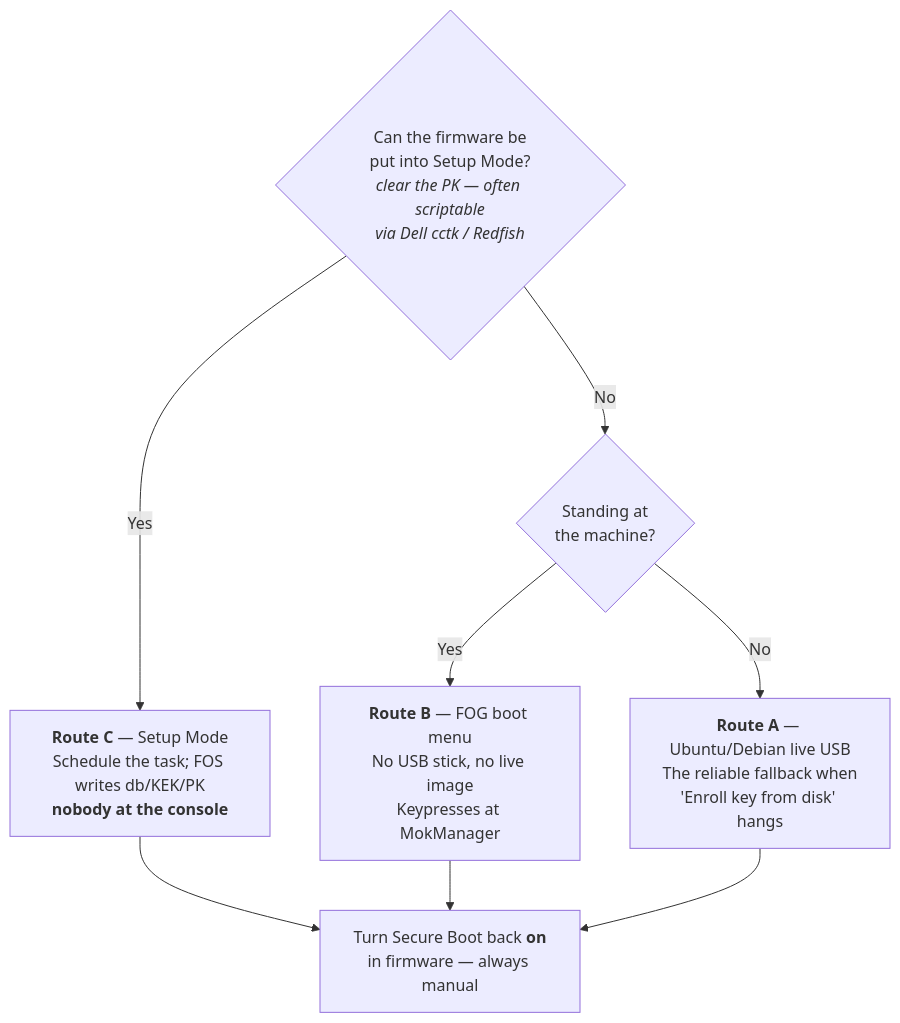
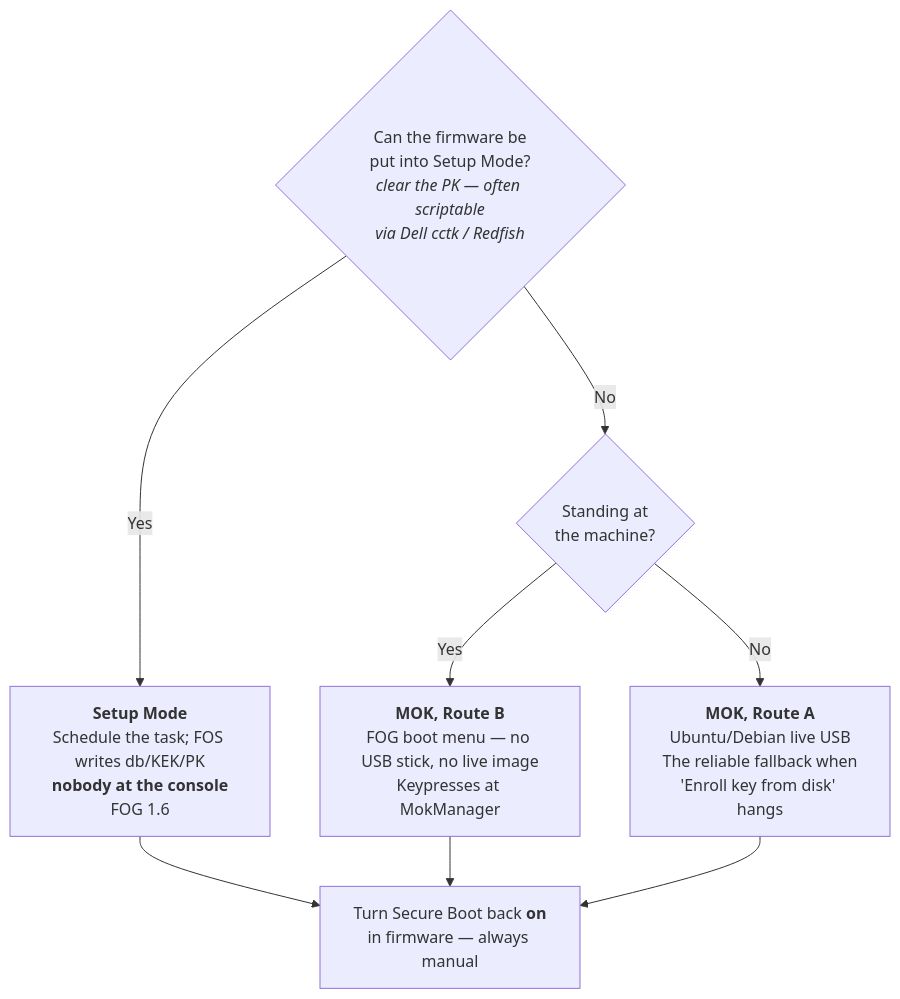
The diagram in docs/kb/how-tos/secure-boot-signing.md (FOGProject/fog-docs), drawn with Mermaid before and after one commit. The commit also changed other lines of this file and 7 other files, not shown here.

````diff
--- a/docs/kb/how-tos/secure-boot-signing.md
+++ b/docs/kb/how-tos/secure-boot-signing.md
@@ -556,11 +191,11 @@
 ```mermaid
 flowchart TD
     S{Can the firmware be<br/>put into Setup Mode?<br/><em>clear the PK — often scriptable<br/>via Dell cctk / Redfish</em>}
-    S -- Yes --> C["<b>Route C</b> — Setup Mode<br/>Schedule the task; FOS writes db/KEK/PK<br/><b>nobody at the console</b>"]
+    S -- Yes --> C["<b>Setup Mode</b><br/>Schedule the task; FOS writes db/KEK/PK<br/><b>nobody at the console</b><br/>FOG 1.6"]
     S -- No --> H{Standing at<br/>the machine?}
-    H -- Yes --> B["<b>Route B</b> — FOG boot menu<br/>No USB stick, no live image<br/>Keypresses at MokManager"]
-    H -- No --> A["<b>Route A</b> — Ubuntu/Debian live USB<br/>The reliable fallback when<br/>'Enroll key from disk' hangs"]
+    H -- Yes --> B["<b>MOK, Route B</b><br/>FOG boot menu — no USB stick, no live image<br/>Keypresses at MokManager"]
+    H -- No --> A["<b>MOK, Route A</b><br/>Ubuntu/Debian live USB<br/>The reliable fallback when<br/>'Enroll key from disk' hangs"]
     C --> D["Turn Secure Boot back <b>on</b><br/>in firmware — always manual"]
     B --> D
     A --> D
 ```
````
